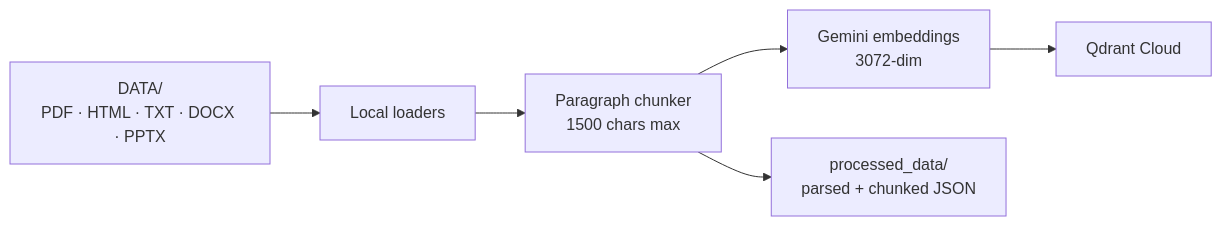
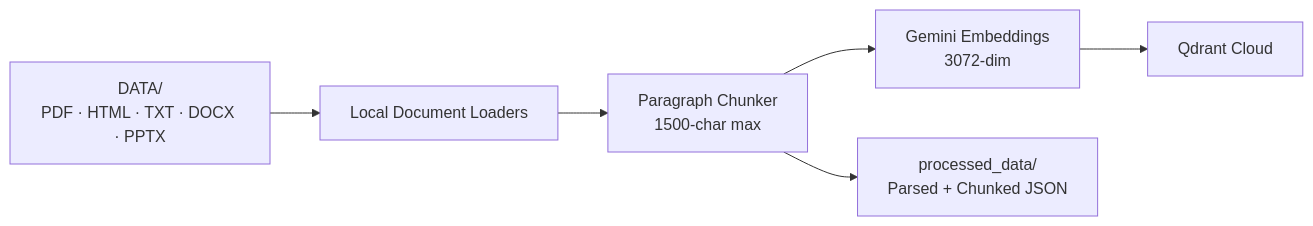
One commit to rj1230/KnowledgeMesh changed the second of 2 diagrams in README.md. Above: the diagram before and after it, drawn with Mermaid. The commit also changed other lines of this file, not shown here.

````diff
--- a/README.md
+++ b/README.md
@@ -65,8 +140,8 @@
 ```mermaid
 flowchart LR
-    A[DATA/<br/>PDF · HTML · TXT · DOCX · PPTX] --> B[Local loaders]
-    B --> C[Paragraph chunker<br/>1500 chars max]
-    C --> D[Gemini embeddings<br/>3072-dim]
+    A[DATA/<br/>PDF · HTML · TXT · DOCX · PPTX] --> B[Local Document Loaders]
+    B --> C[Paragraph Chunker<br/>1500-char max]
+    C --> D[Gemini Embeddings<br/>3072-dim]
     D --> E[Qdrant Cloud]
-    C --> F[processed_data/<br/>parsed + chunked JSON]
+    C --> F[processed_data/<br/>Parsed + Chunked JSON]
 ```
````
